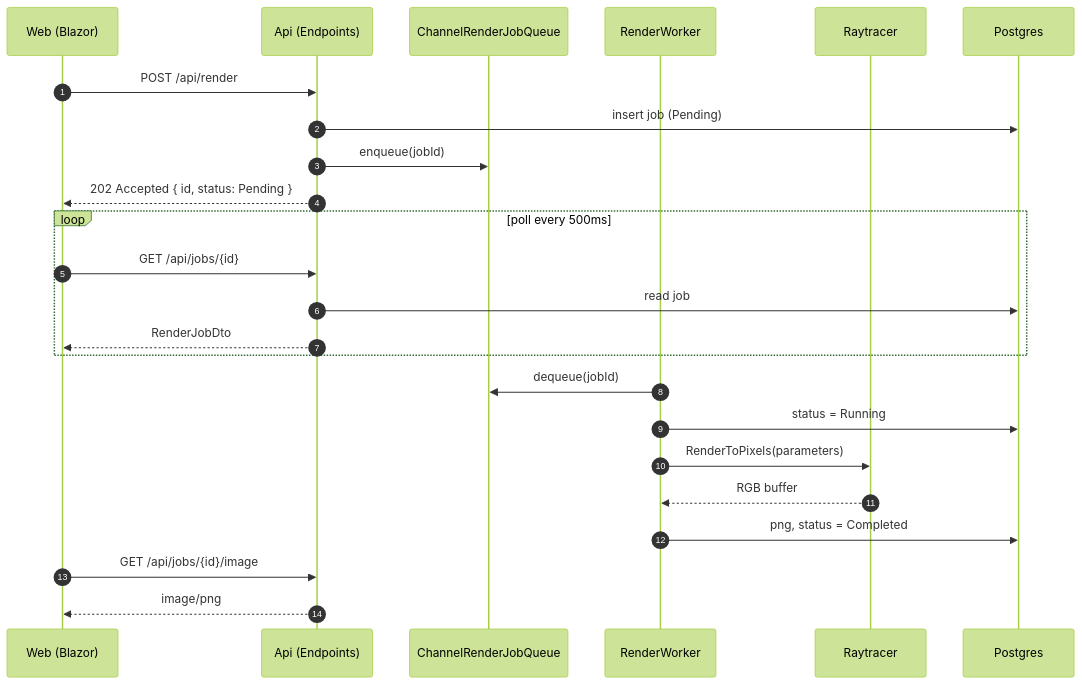
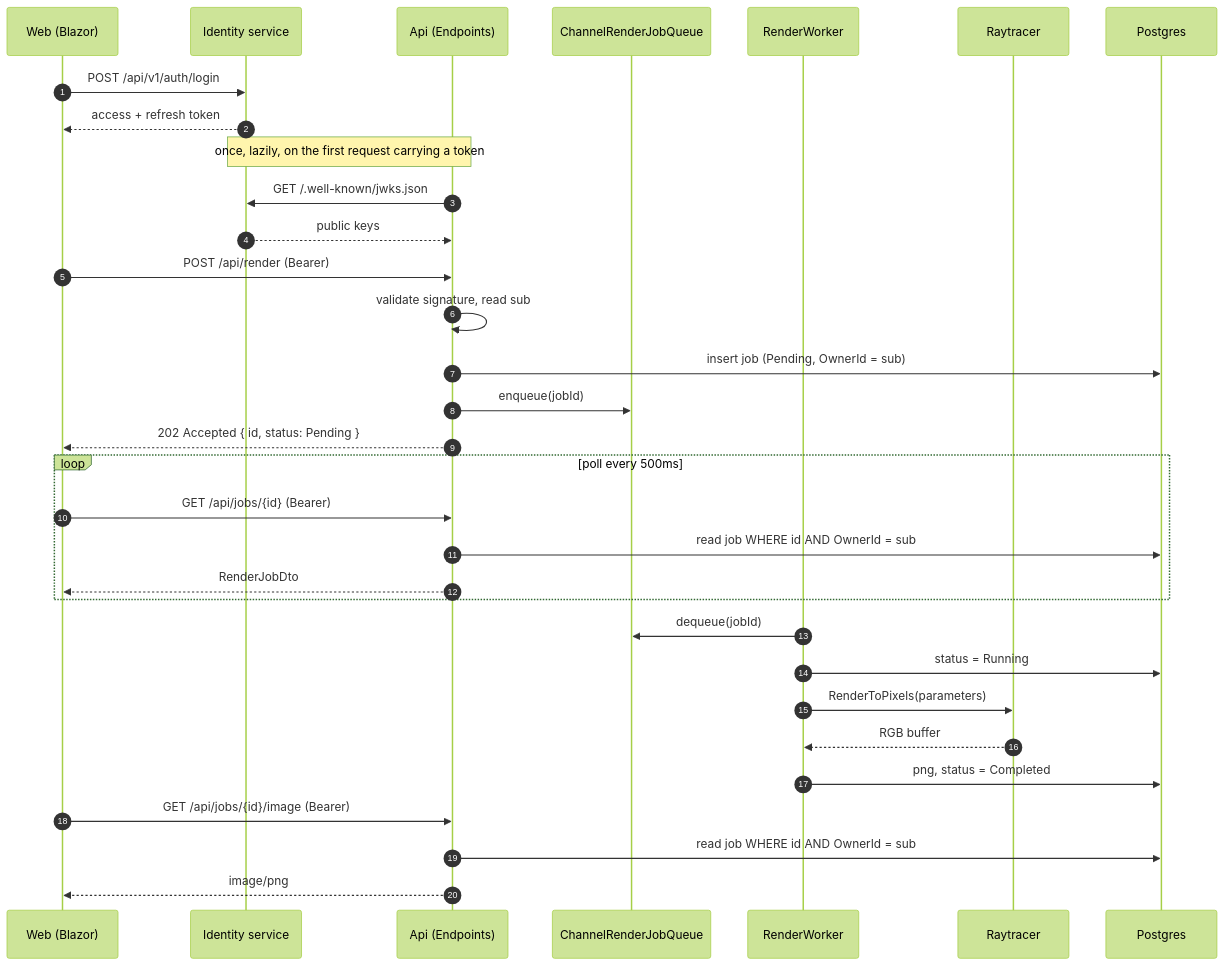
One commit to konradcinkusz/black-hole-sim changed the second of 3 diagrams in README.md. Above: the diagram before and after it, drawn with Mermaid (forest theme). The commit also changed other lines of this file and 5 other files, not shown here.

````diff
--- a/README.md
+++ b/README.md
@@ -350,30 +469,40 @@
 ```mermaid
 sequenceDiagram
   autonumber
   participant Web as Web (Blazor)
+  participant Id as Identity service
   participant Api as Api (Endpoints)
   participant Q as ChannelRenderJobQueue
   participant W as RenderWorker
   participant Ray as Raytracer
   participant Db as Postgres
 
-  Web->>Api: POST /api/render
-  Api->>Db: insert job (Pending)
+  Web->>Id: POST /api/v1/auth/login
+  Id-->>Web: access + refresh token
+
+  Note over Api,Id: once, lazily, on the first request carrying a token
+  Api->>Id: GET /.well-known/jwks.json
+  Id-->>Api: public keys
+
+  Web->>Api: POST /api/render (Bearer)
+  Api->>Api: validate signature, read sub
+  Api->>Db: insert job (Pending, OwnerId = sub)
   Api->>Q: enqueue(jobId)
   Api-->>Web: 202 Accepted { id, status: Pending }
 
   loop poll every 500ms
-    Web->>Api: GET /api/jobs/{id}
-    Api->>Db: read job
+    Web->>Api: GET /api/jobs/{id} (Bearer)
+    Api->>Db: read job WHERE id AND OwnerId = sub
     Api-->>Web: RenderJobDto
   end
 
   W->>Q: dequeue(jobId)
   W->>Db: status = Running
   W->>Ray: RenderToPixels(parameters)
   Ray-->>W: RGB buffer
   W->>Db: png, status = Completed
 
-  Web->>Api: GET /api/jobs/{id}/image
+  Web->>Api: GET /api/jobs/{id}/image (Bearer)
+  Api->>Db: read job WHERE id AND OwnerId = sub
   Api-->>Web: image/png
 ```
````
